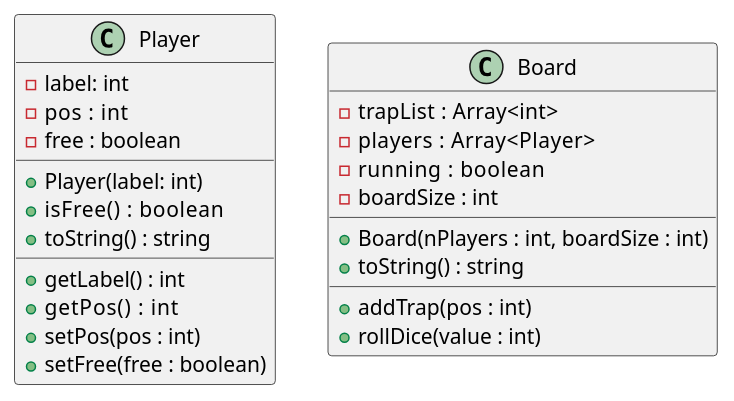
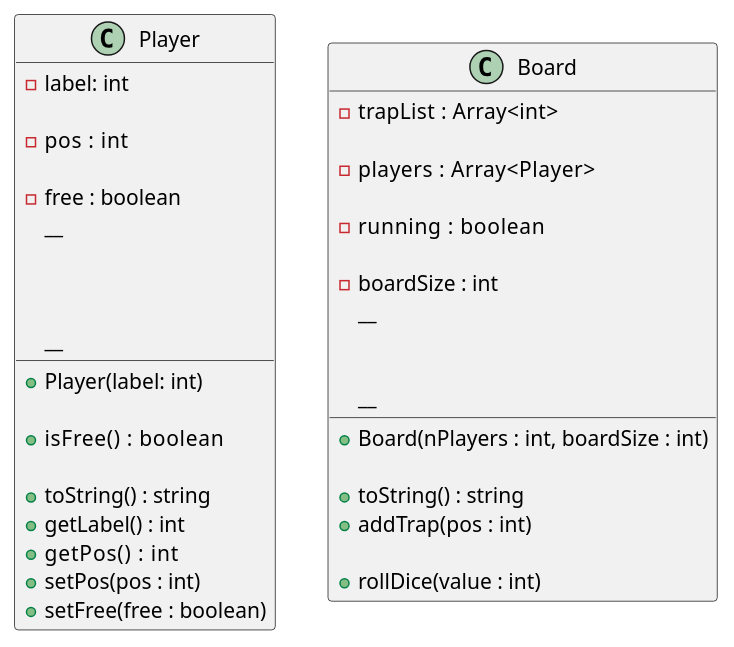
One commit to qxcodepoo/arcade changed the diagram in base/041/.cache/Readme.md. Above: the diagram before and after it, drawn with PlantUML. The commit also changed other lines of this file and 33 other files, not shown here.

````diff
--- a/base/041/.cache/Readme.md
+++ b/base/041/.cache/Readme.md
@@ -38,29 +39,70 @@
 ```plantuml
   class Player {
+
+    ' numero do jogador
     - label: int  
+
+    ' posição dele no tabuleiro
     - pos  : int
+
+    ' se ele poderá andar no proximo roll ou ainda esta preso
     - free : boolean
     __
+
+    ' inicialize o jogador
     + Player(label: int)
+
+    ' retorna this.free
     + isFree()   : boolean
+
     + toString() : string
     __
     + getLabel() : int
     + getPos()   : int
     + setPos(pos : int)
     + setFree(free : boolean)
   }
 
   class Board {
+    
+    ' lista com as posições do tabuleiro que tem armadilhas
     - trapList  : Array<int>
+
+    ' lista com os jogadores
     - players   : Array<Player>
+
+    ' se o jogo ainda esta acontecendo ou ja acabou
     - running   : boolean
+
+    ' o tamanho do tabuleiro
     - boardSize : int
     __
+    
+    ' inicialize o tabuleiro
+    ' crie uma lista vazia para as armadilhas
+    ' crie uma lista vazia para os jogadores
+    ' faça um laço criando os jogadores e adicionado à lista de jogadores
+    ' inicialize o tamanho do tabuleiro em boardSize + 1
+    ' pois o tabuleiro começa em 0
     + Board(nPlayers : int, boardSize : int)
+
+    ' imprime o tabuleiro
     + toString() : string
     __
+    ' adiciona uma armadilha na posição pos
+    ' trapList.push(pos)
     + addTrap(pos : int)
+
+    ' faz toda a lógica da jogada
+    ' verifique se o jogo ainda está em andamento
+    ' pegue o primeiro jogador
+    ' se ele estiver preso
+    '   veja se a jogada é par e liberta ele
+    ' se ele estiver livre
+    '   faça ele andar
+    '   veja se ele caiu em uma armadilha
+    '   ou se ele chegou no final do tabuleiro
+    ' mande o player par o fim da lista de jogadores
     + rollDice(value : int)
   }
 ```
````
